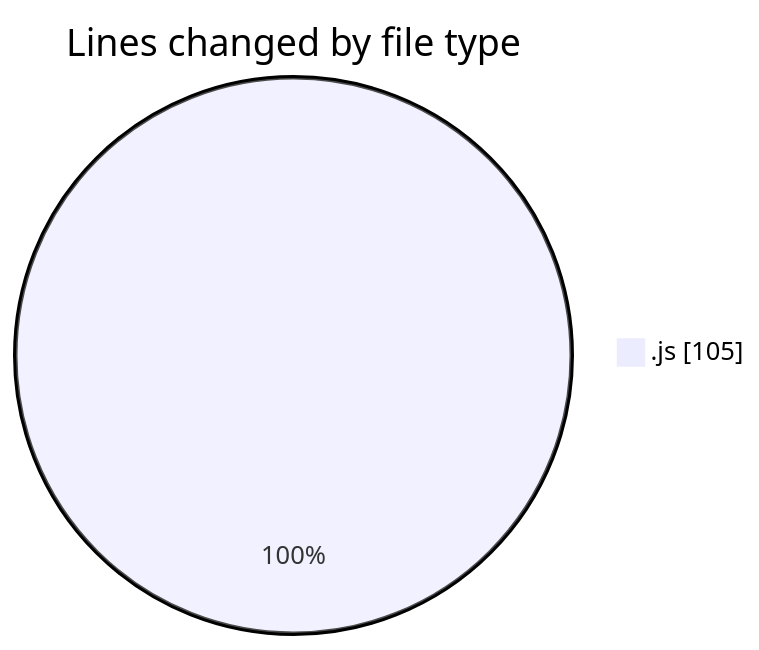
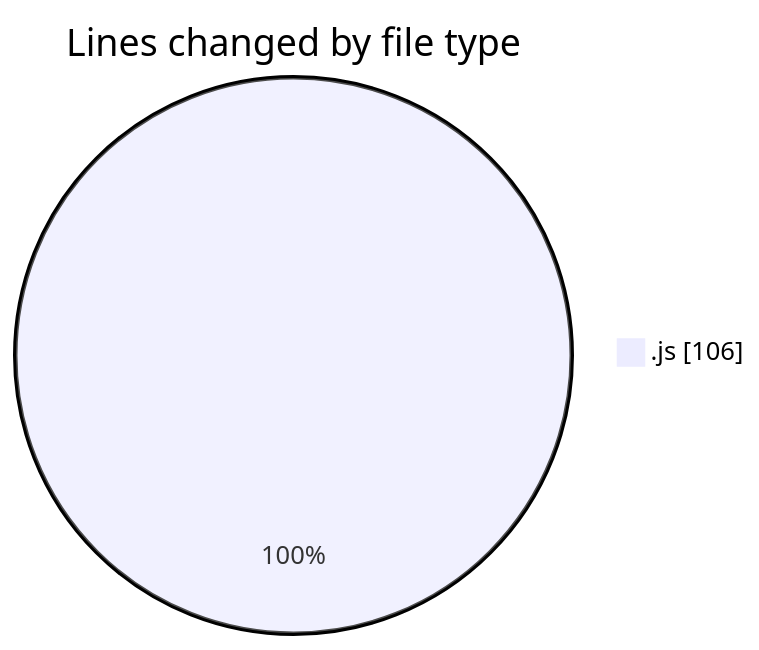
One commit to momahboobian/code-tracking changed the first of 2 diagrams in 2025-02-05/cda/README.md. Above: the diagram before and after it, drawn with Mermaid. The commit also changed other lines of this file and 1 other file, not shown here.

````diff
--- a/2025-02-05/cda/README.md
+++ b/2025-02-05/cda/README.md
@@ -23,5 +23,5 @@
 ```mermaid
 pie showData
 title Lines changed by file type
-".js" : 105
+".js" : 106
 ```
````
